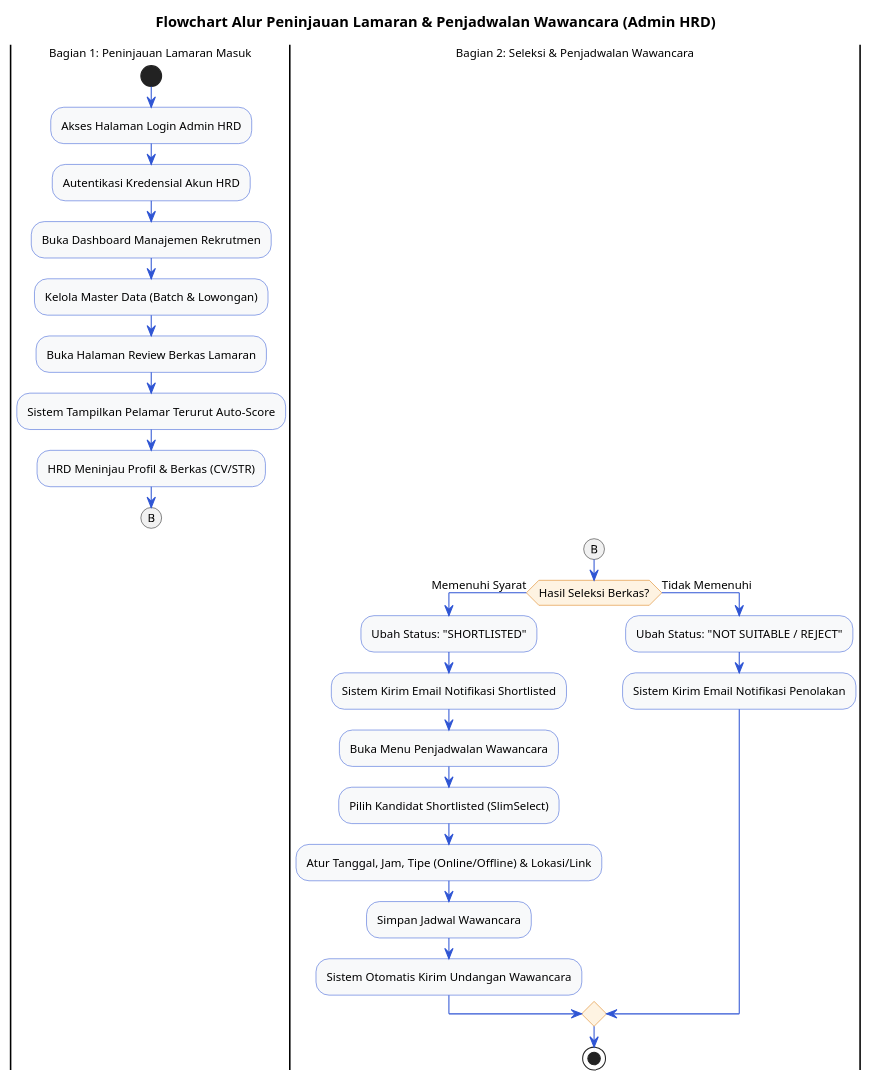
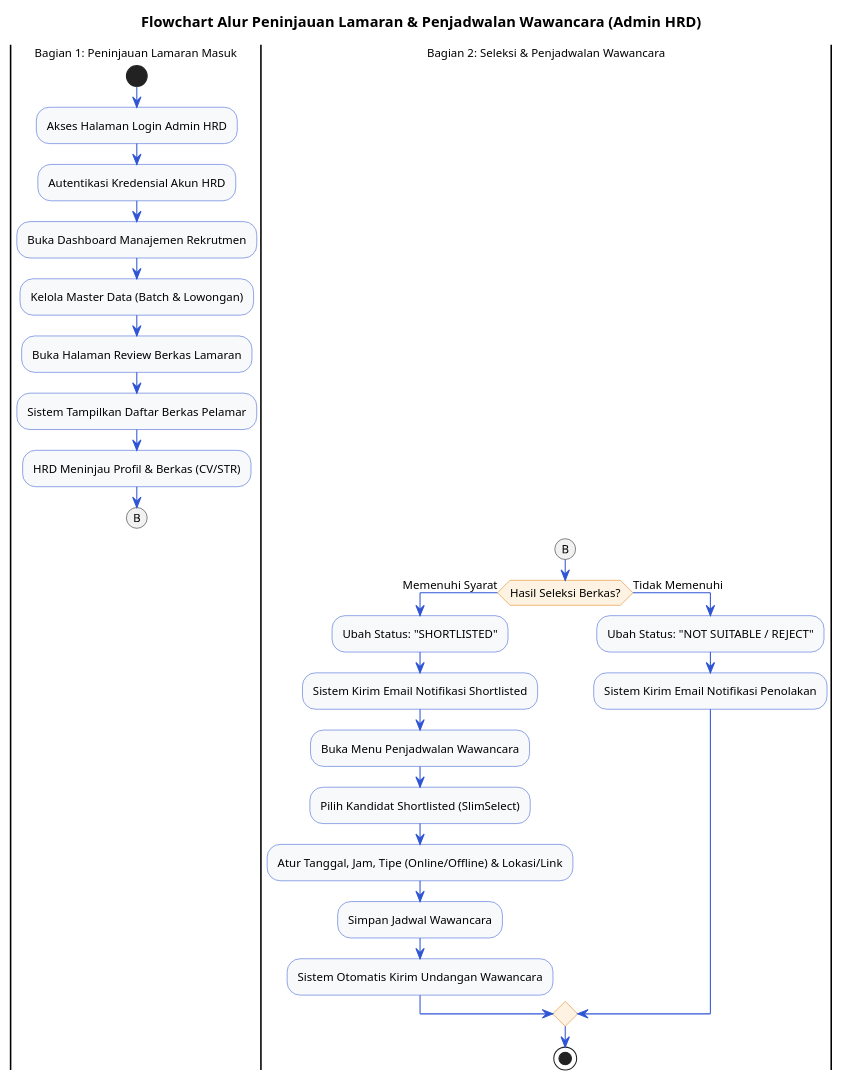
One commit to Madtive-Studio/klinik_keluarga_career changed the diagram in public/assets/diagrams/VP/Flowchart_HRD.puml. Above: the diagram before and after it, drawn with PlantUML. The commit also changed 16 other files, not shown here.

Commit message:
refactor: remove auto-scoring engine references from documentation and diagrams

```diff
--- a/public/assets/diagrams/VP/Flowchart_HRD.puml
+++ b/public/assets/diagrams/VP/Flowchart_HRD.puml
@@ -1,44 +1,44 @@
 @startuml
 skinparam defaultFontName Arial
 skinparam defaultFontSize 11
 
 skinparam activity {
   BackgroundColor #F8F9FA
   BorderColor #2F55D4
   DiamondBackgroundColor #FEF3E2
   DiamondBorderColor #D97706
 }
 skinparam ArrowColor #2F55D4
 
 title Flowchart Alur Peninjauan Lamaran & Penjadwalan Wawancara (Admin HRD)
 
 |Bagian 1: Peninjauan Lamaran Masuk|
 start
 :Akses Halaman Login Admin HRD;
 :Autentikasi Kredensial Akun HRD;
 :Buka Dashboard Manajemen Rekrutmen;
 :Kelola Master Data (Batch & Lowongan);
 :Buka Halaman Review Berkas Lamaran;
-:Sistem Tampilkan Pelamar Terurut Auto-Score;
+:Sistem Tampilkan Daftar Berkas Pelamar;
 :HRD Meninjau Profil & Berkas (CV/STR);
 (B)
 detach
 
 |Bagian 2: Seleksi & Penjadwalan Wawancara|
 (B)
 if (Hasil Seleksi Berkas?) then (Memenuhi Syarat)
   :Ubah Status: "SHORTLISTED";
   :Sistem Kirim Email Notifikasi Shortlisted;
   :Buka Menu Penjadwalan Wawancara;
   :Pilih Kandidat Shortlisted (SlimSelect);
   :Atur Tanggal, Jam, Tipe (Online/Offline) & Lokasi/Link;
   :Simpan Jadwal Wawancara;
   :Sistem Otomatis Kirim Undangan Wawancara;
 else (Tidak Memenuhi)
   :Ubah Status: "NOT SUITABLE / REJECT";
   :Sistem Kirim Email Notifikasi Penolakan;
 endif
 
 stop
 
 @enduml
```
